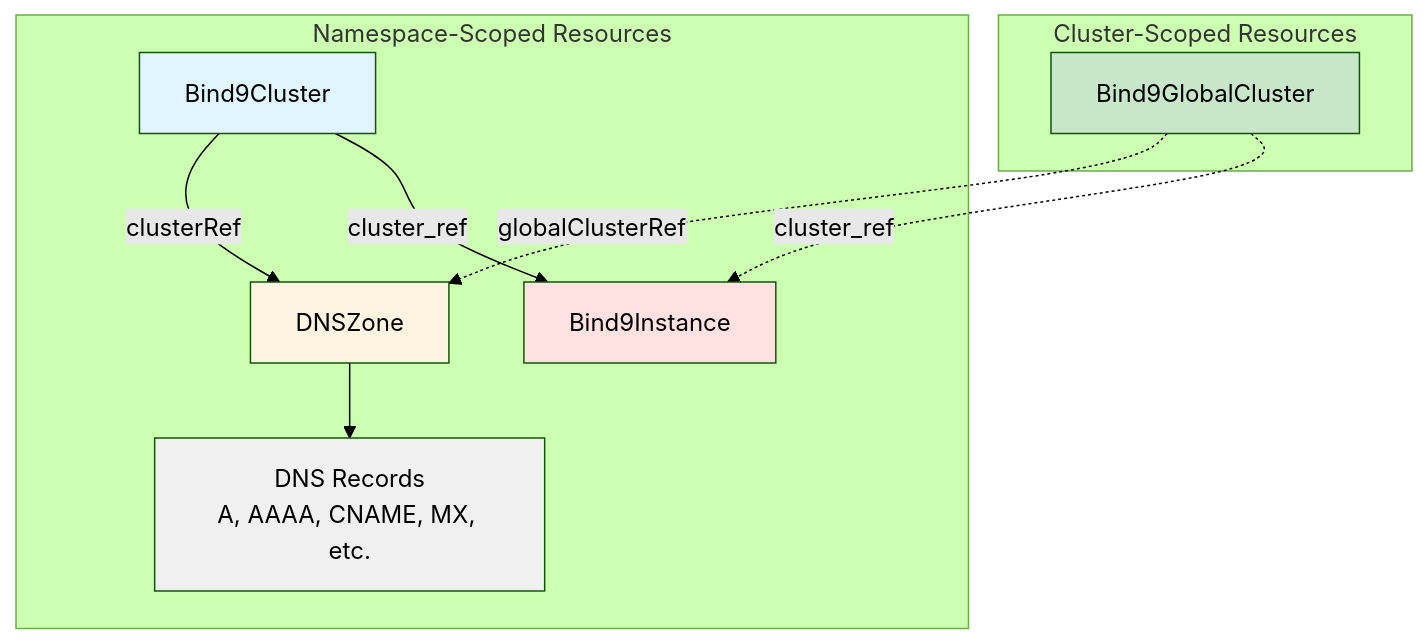
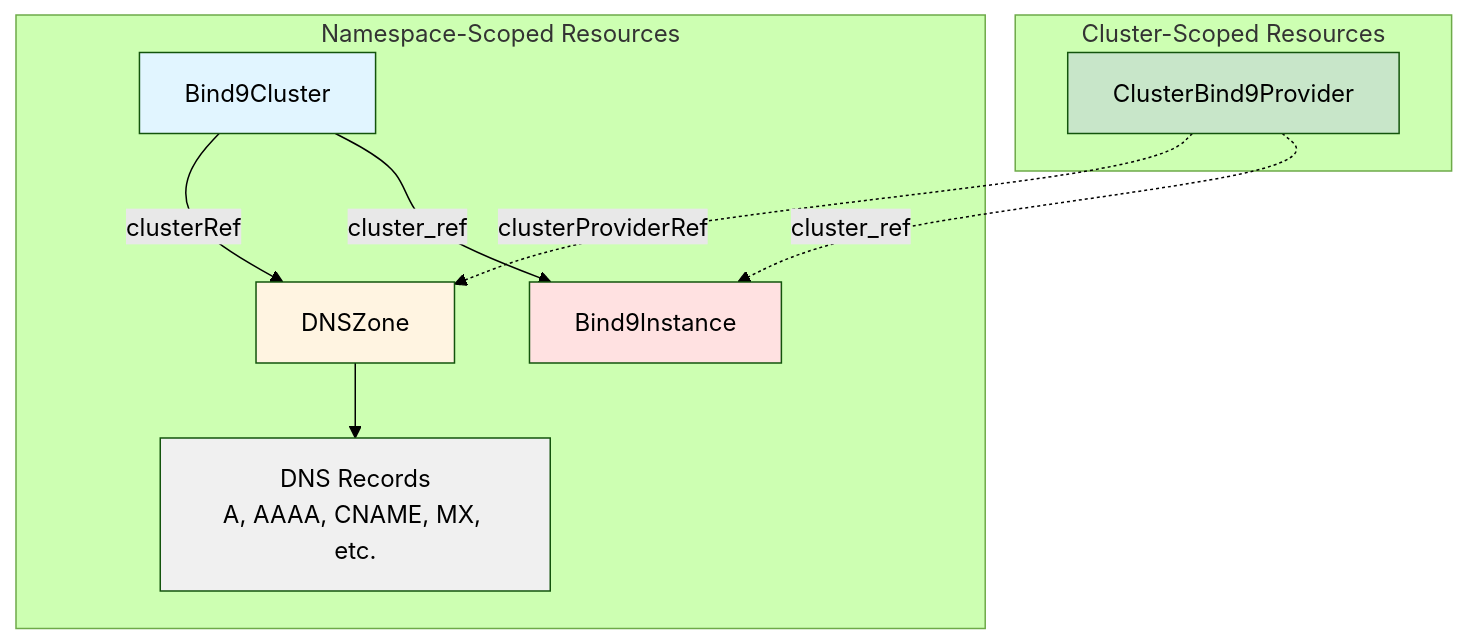
The third of 9 diagrams in docs/src/guide/architecture.md (firestoned/bindy), drawn with Mermaid (forest theme) before and after one commit. The commit also changed other lines of this file and 42 other files, not shown here.

Commit message:
Major: rename CRD Bind9GlobalCluster to ClusterBind9Provider

````diff
--- a/docs/src/guide/architecture.md
+++ b/docs/src/guide/architecture.md
@@ -134,27 +134,27 @@
 ```mermaid
 graph TD
     subgraph "Cluster-Scoped Resources"
-        GlobalCluster[Bind9GlobalCluster]
+        GlobalCluster[ClusterBind9Provider]
     end
 
     subgraph "Namespace-Scoped Resources"
         Cluster[Bind9Cluster]
         Zone[DNSZone]
         Instance[Bind9Instance]
         Records[DNS Records<br/>A, AAAA, CNAME, MX, etc.]
     end
 
-    GlobalCluster -.globalClusterRef.-> Zone
+    GlobalCluster -.clusterProviderRef.-> Zone
     Cluster --clusterRef--> Zone
 
     Cluster --cluster_ref--> Instance
     GlobalCluster -.cluster_ref.-> Instance
 
     Zone --> Records
 
     style GlobalCluster fill:#c8e6c9
     style Cluster fill:#e1f5ff
     style Zone fill:#fff4e1
     style Instance fill:#ffe1e1
     style Records fill:#f0f0f0
 ```
````
